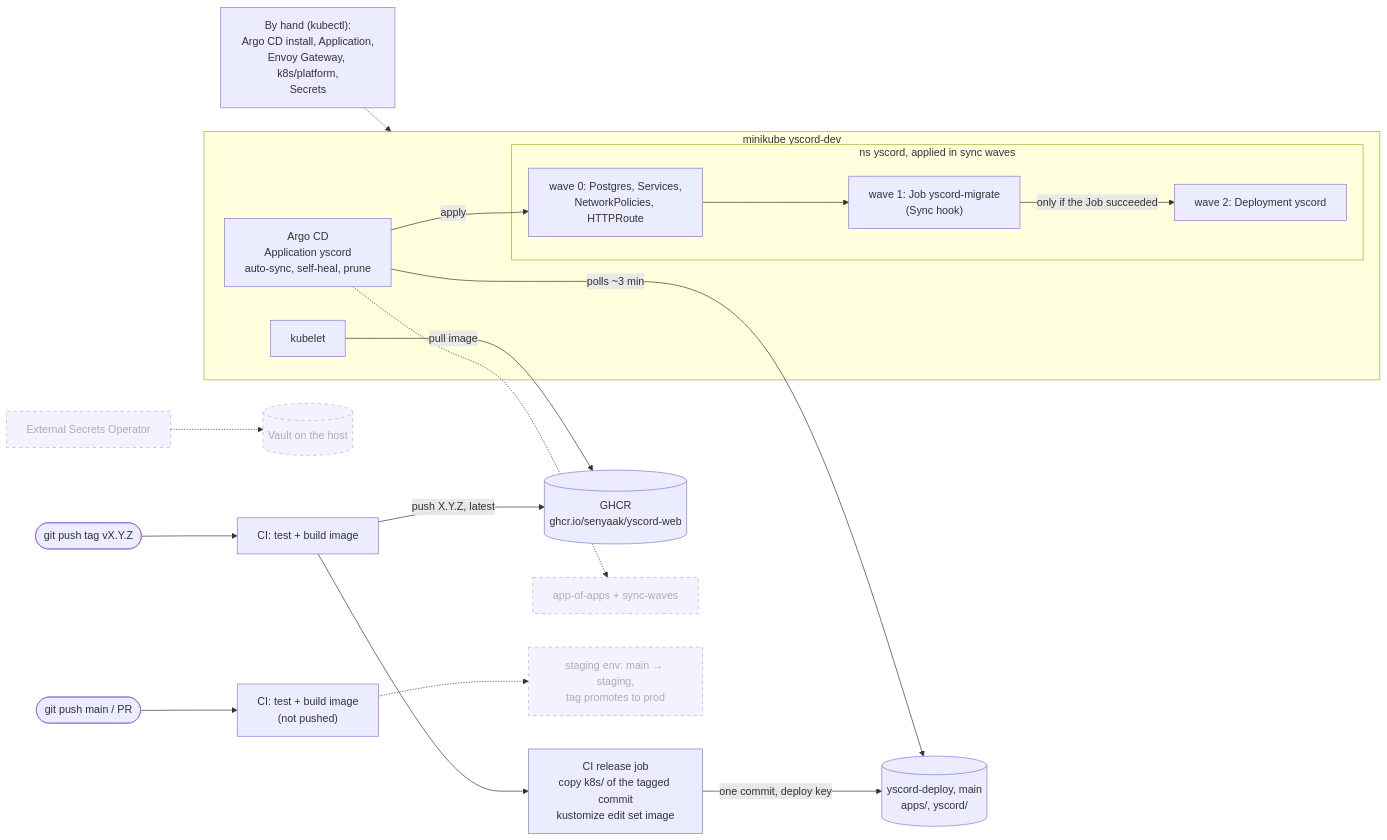
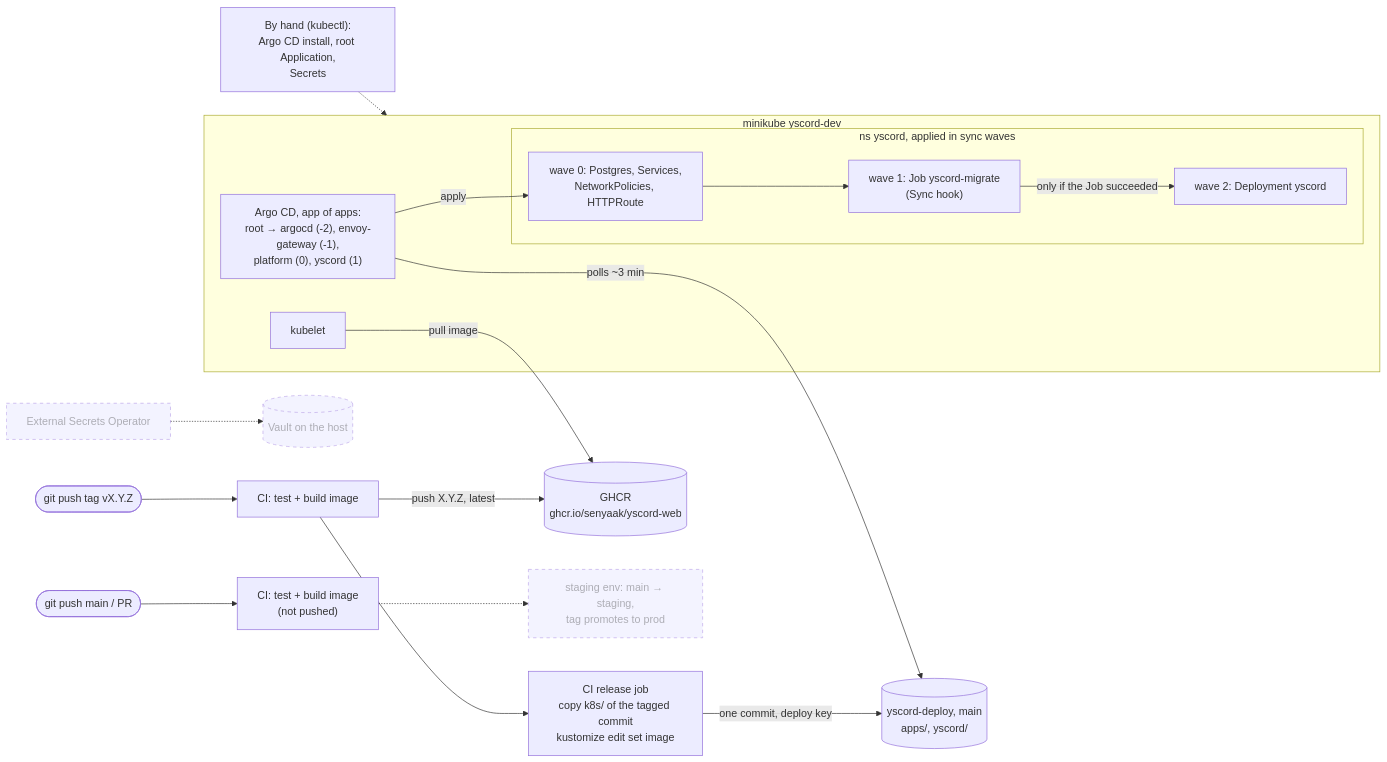
One commit to senyaak/yscord-web changed the second of 2 diagrams in docs/architecture.md. Above: the diagram before and after it, drawn with Mermaid. The commit also changed 6 other files, not shown here.

Commit message:
Platform manifests moved to the yscord-deploy repo

````diff
--- a/docs/architecture.md
+++ b/docs/architecture.md
@@ -50,37 +50,35 @@
 ```mermaid
 flowchart LR
     push(["git push main / PR"]) --> build["CI: test + build image<br/>(not pushed)"]
 
     tag(["git push tag vX.Y.Z"]) --> tagbuild["CI: test + build image"]
     tagbuild -- "push X.Y.Z, latest" --> ghcr[("GHCR<br/>ghcr.io/senyaak/yscord-web")]
     tagbuild --> release["CI release job<br/>copy k8s/ of the tagged commit<br/>kustomize edit set image"]
     release -- "one commit, deploy key" --> repo[("yscord-deploy, main<br/>apps/, yscord/")]
 
     subgraph cluster["minikube yscord-dev"]
-        argo["Argo CD<br/>Application yscord<br/>auto-sync, self-heal, prune"]
+        argo["Argo CD, app of apps:<br/>root → argocd (-2), envoy-gateway (-1),<br/>platform (0), yscord (1)"]
         subgraph waves["ns yscord, applied in sync waves"]
             w0["wave 0: Postgres, Services,<br/>NetworkPolicies, HTTPRoute"]
             w1["wave 1: Job yscord-migrate<br/>(Sync hook)"]
             w2["wave 2: Deployment yscord"]
             w0 --> w1 -- "only if the Job succeeded" --> w2
         end
         kubelet["kubelet"]
     end
 
     argo -- "polls ~3 min" --> repo
     argo -- "apply" --> w0
     kubelet -- "pull image" --> ghcr
 
-    hand["By hand (kubectl):<br/>Argo CD install, Application,<br/>Envoy Gateway, k8s/platform,<br/>Secrets"] -.-> cluster
+    hand["By hand (kubectl):<br/>Argo CD install, root Application,<br/>Secrets"] -.-> cluster
 
-    appofapps["app-of-apps + sync-waves"]:::planned
     vault[("Vault on the host")]:::planned
     eso["External Secrets Operator"]:::planned
     staging["staging env: main → staging,<br/>tag promotes to prod"]:::planned
 
-    argo -.-> appofapps
     eso -.-> vault
     build -.-> staging
 
     classDef planned stroke-dasharray: 5 5,opacity:0.6
 ```
````
